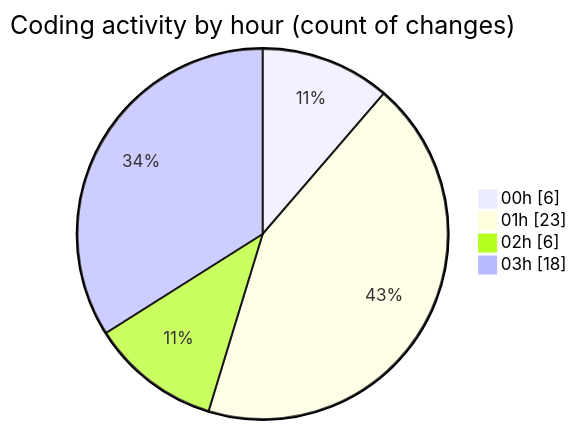
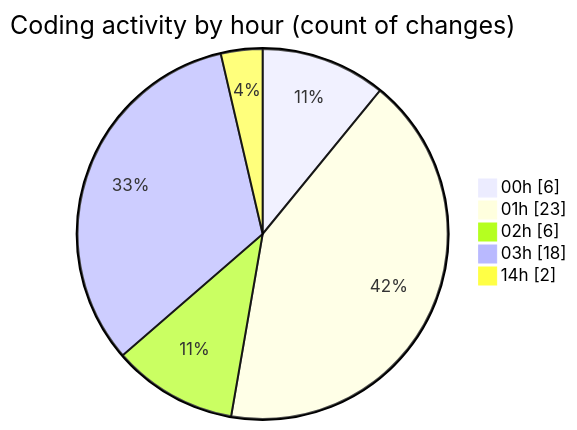
One commit to EIIisD/code-tracking changed the second of 2 diagrams in 2025-07-28/refunds/README.md. Above: the diagram before and after it, drawn with Mermaid. The commit also changed other lines of this file and 1 other file, not shown here.

````diff
--- a/2025-07-28/refunds/README.md
+++ b/2025-07-28/refunds/README.md
@@ -36,8 +37,9 @@
 ```mermaid
 pie showData
 title Coding activity by hour (count of changes)
 "00h" : 6
 "01h" : 23
 "02h" : 6
 "03h" : 18
+"14h" : 2
 ```
````
